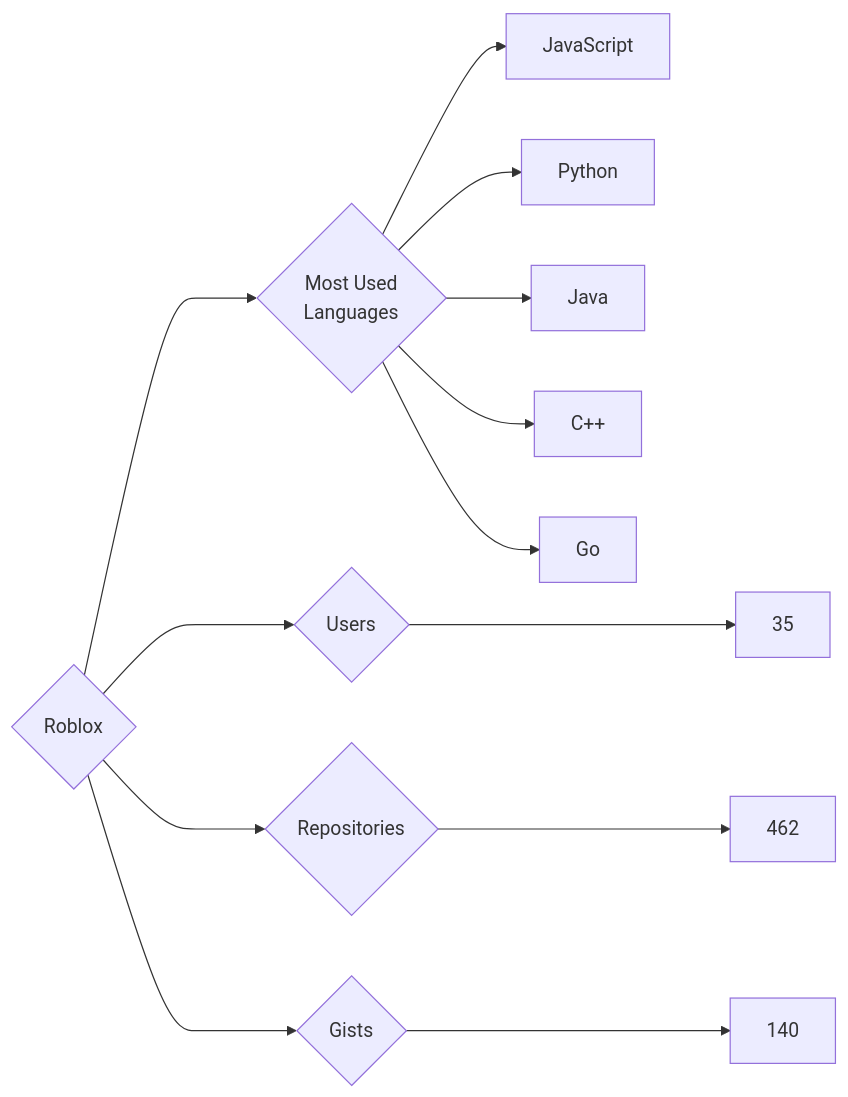
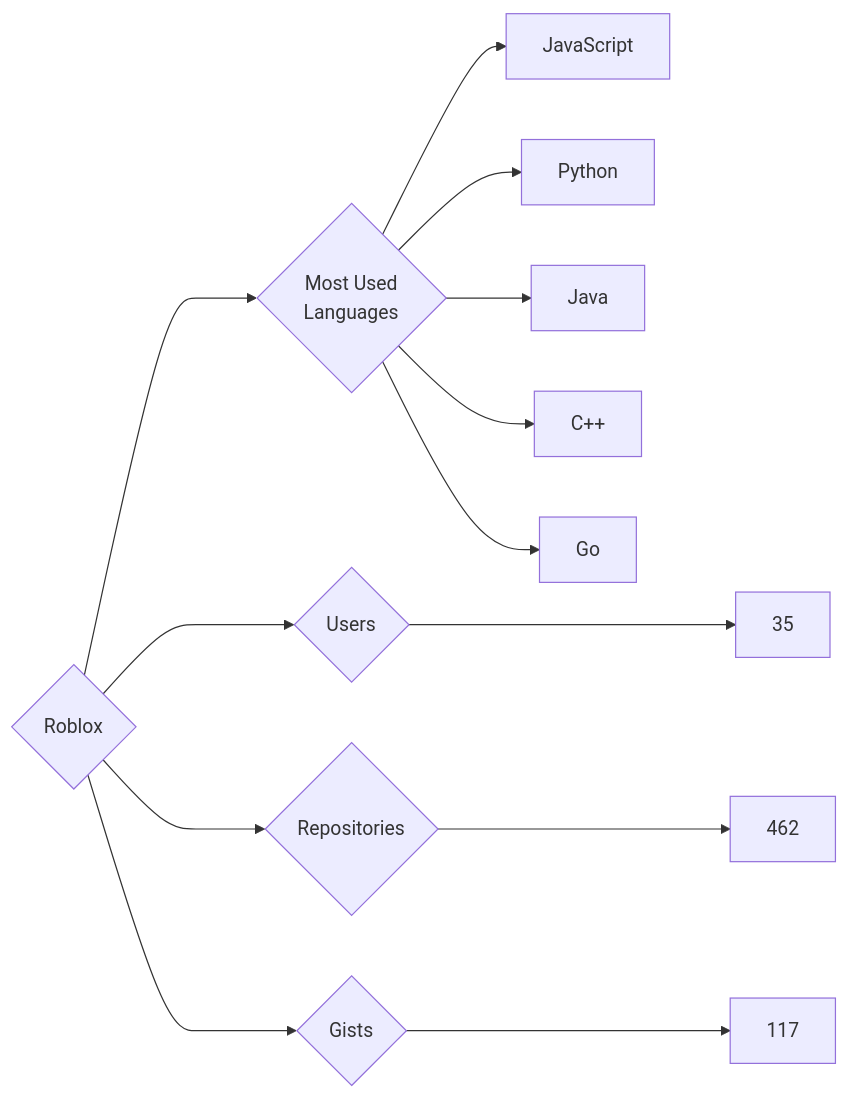
Before and after one commit to trickest/insiders: the diagram in targets/Roblox/README.md, drawn with Mermaid. The commit also changed 765 other files, not shown here.

````diff
--- a/targets/Roblox/README.md
+++ b/targets/Roblox/README.md
@@ -3,13 +3,13 @@
 ```mermaid
 graph LR
 COMPANY_NAME{Roblox}
 COMPANY_NAME ---> U{Users} ---> UN[35]
 COMPANY_NAME ---> R{Repositories} ---> RN[462]
-COMPANY_NAME ---> G{Gists} ---> GN[140]
+COMPANY_NAME ---> G{Gists} ---> GN[117]
 COMPANY_NAME ---> ML{Most Used<br>Languages}
 ML --> JavaScript[JavaScript]
 ML --> Python[Python]
 ML --> Java[Java]
 ML --> C++[C++]
 ML --> Go[Go]
 ```
````
